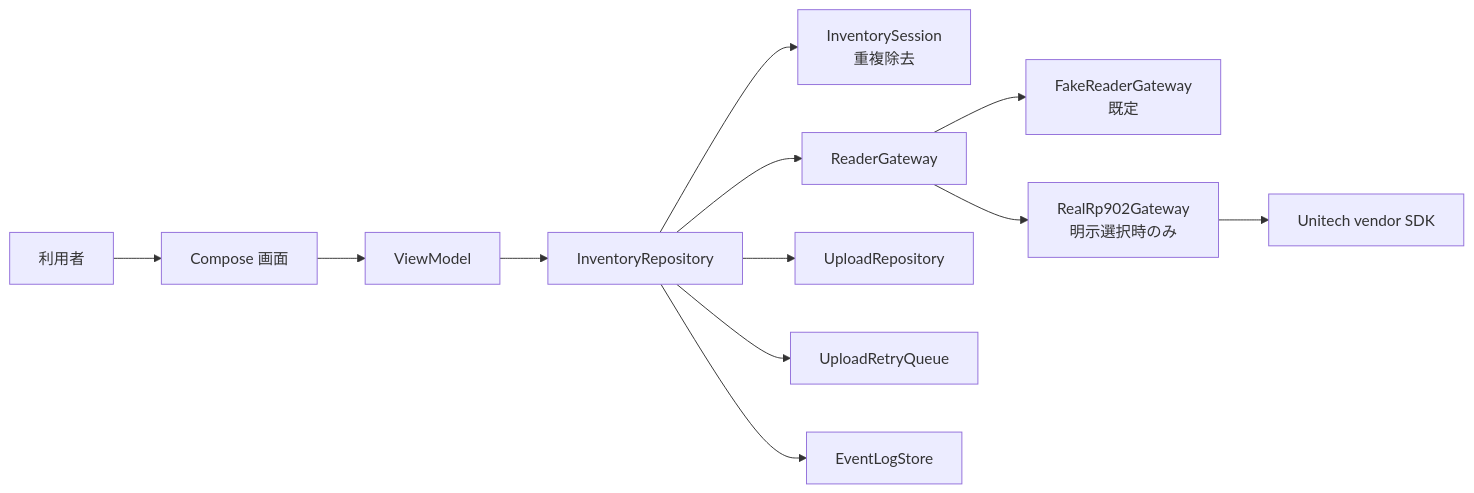
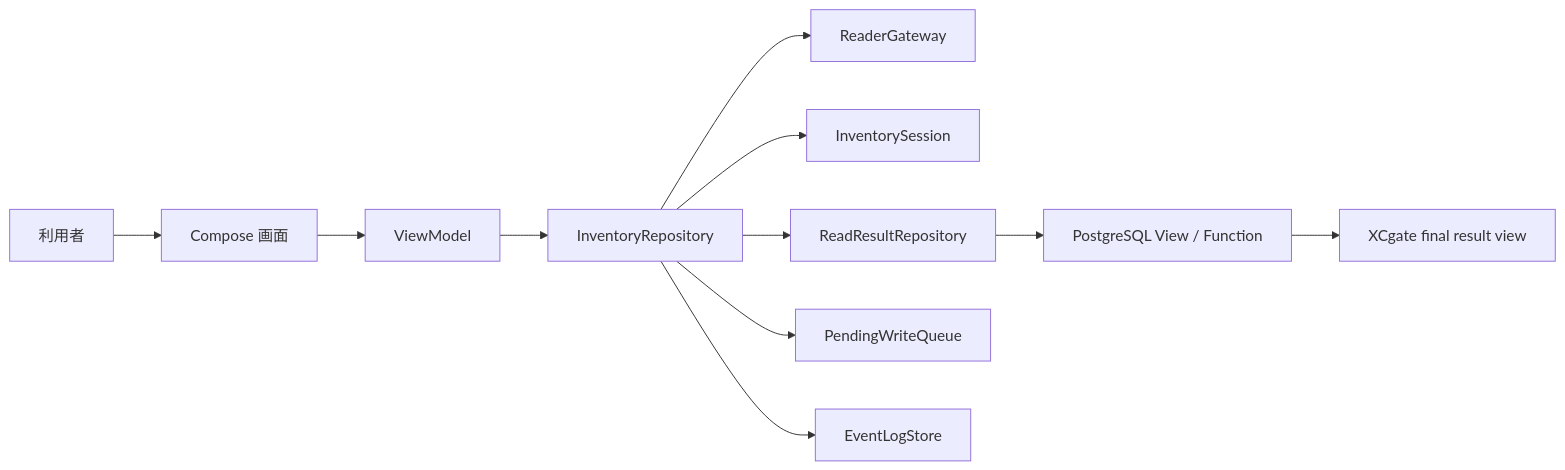
One commit to kuroronrobins/TraceLink changed the diagram in AndroidStudio/RP902App/docs/onboarding/00_はじめに.md. Above: the diagram before and after it, drawn with Mermaid. The commit also changed other lines of this file and 83 other files, not shown here.

````diff
--- a/AndroidStudio/RP902App/docs/onboarding/00_はじめに.md
+++ b/AndroidStudio/RP902App/docs/onboarding/00_はじめに.md
@@ -26,14 +27,13 @@
 ```mermaid
 flowchart LR
     User["利用者"] --> UI["Compose 画面"]
     UI --> VM["ViewModel"]
     VM --> Repo["InventoryRepository"]
-    Repo --> Session["InventorySession<br/>重複除去"]
     Repo --> Reader["ReaderGateway"]
-    Repo --> Upload["UploadRepository"]
-    Repo --> Queue["UploadRetryQueue"]
+    Repo --> Session["InventorySession"]
+    Repo --> Result["ReadResultRepository"]
+    Repo --> Pending["PendingWriteQueue"]
     Repo --> Logs["EventLogStore"]
-    Reader --> Fake["FakeReaderGateway<br/>既定"]
-    Reader --> Real["RealRp902Gateway<br/>明示選択時のみ"]
-    Real --> SDK["Unitech vendor SDK"]
+    Result --> PG["PostgreSQL View / Function"]
+    PG --> XC["XCgate final result view"]
 ```
````
